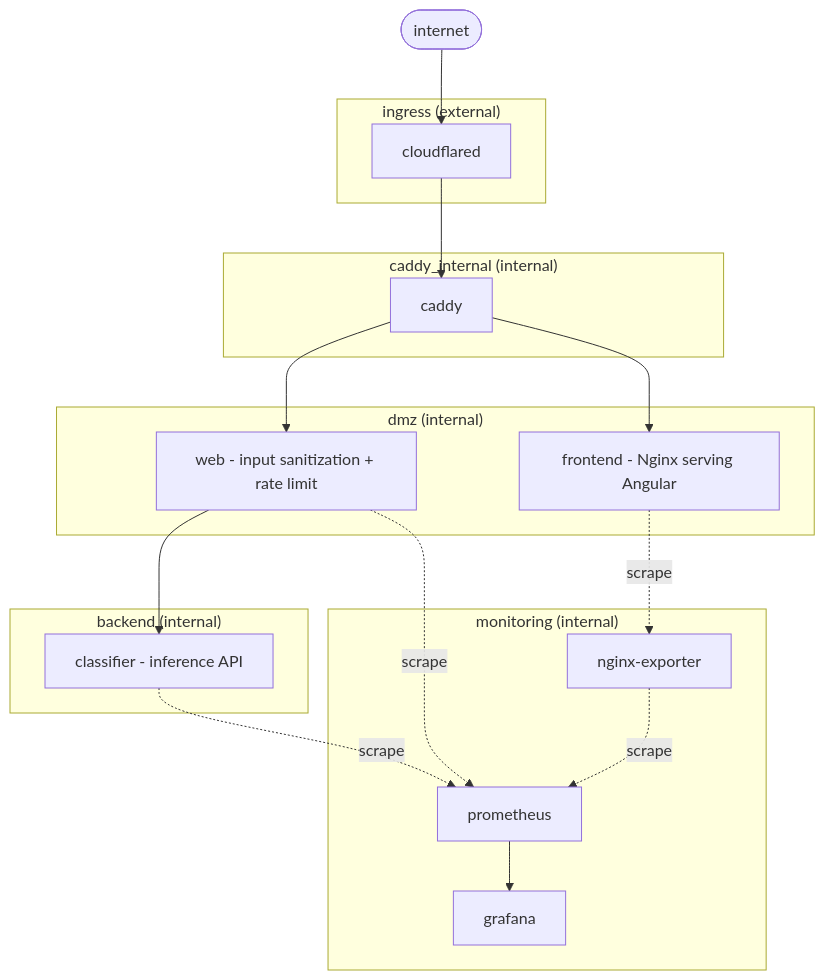
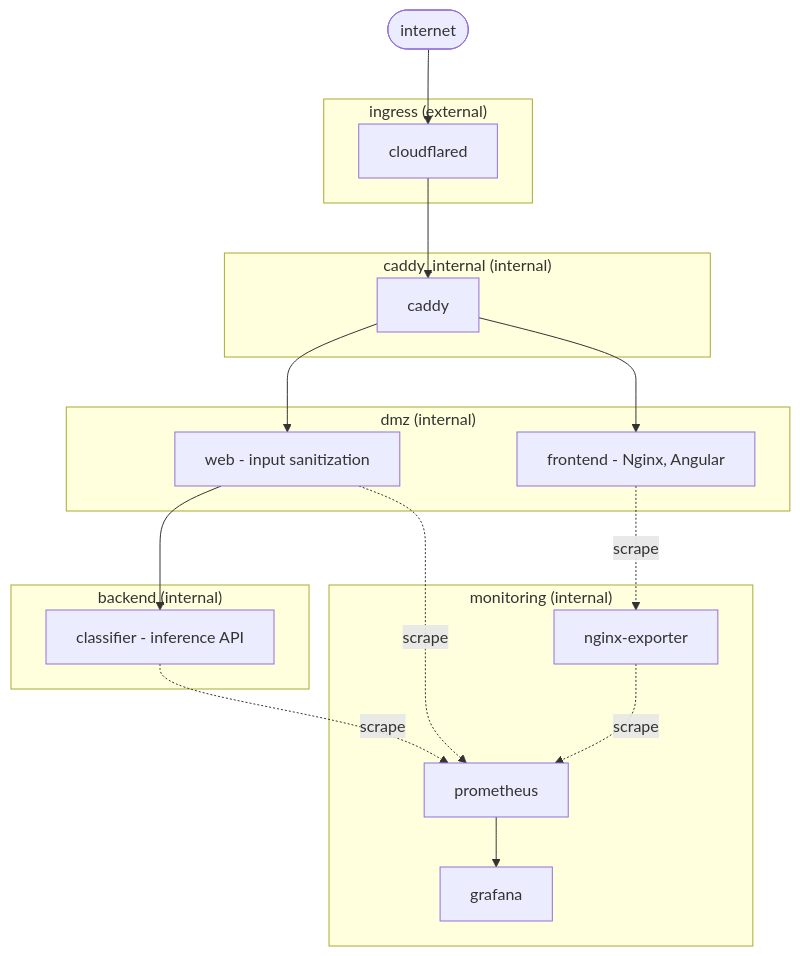
The diagram in README.md (ncalabro18/Chest-X-ray-Classifier), drawn with Mermaid before and after one commit.

Commit message:
fix network digram word cutoff

````diff
--- a/README.md
+++ b/README.md
@@ -241,39 +241,39 @@
 ```mermaid
 graph TB
     internet([internet])
 
     subgraph ingress["ingress (external)"]
         cloudflared[cloudflared]
     end
 
     subgraph caddy_internal["caddy_internal (internal)"]
         caddy[caddy]
     end
 
     subgraph dmz["dmz (internal)"]
-        frontend[frontend - Nginx serving Angular]
-        web[web - input sanitization + rate limit]
+        frontend[frontend - Nginx, Angular]
+        web[web - input sanitization]
     end
 
     subgraph backend["backend (internal)"]
         classifier[classifier - inference API]
     end
 
     subgraph monitoring["monitoring (internal)"]
         prometheus[prometheus]
         nginx_exporter[nginx-exporter]
         grafana[grafana]
     end
 
     internet --> cloudflared
     cloudflared --> caddy
     caddy --> frontend
     caddy --> web
     web --> classifier
 
     classifier -.->|scrape| prometheus
     web -.->|scrape| prometheus
     frontend -.->|scrape| nginx_exporter
     nginx_exporter -.->|scrape| prometheus
     prometheus --> grafana
 ```
````
